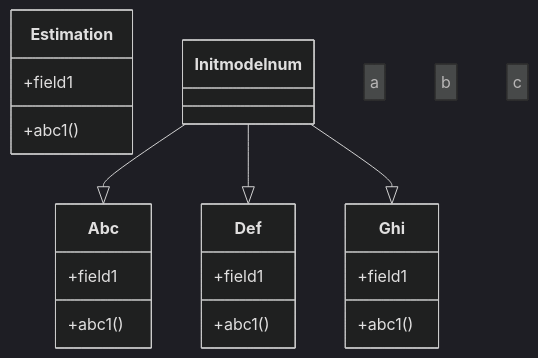
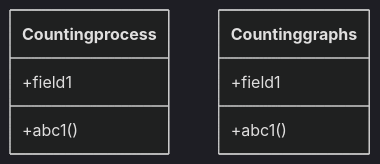
The second of 3 diagrams in index.qmd (lotariohw26/ManifoldDestiny), drawn with Mermaid (dark theme) before and after one commit. The commit also changed other lines of this file and 4 other files, not shown here.

````diff
--- a/index.qmd
+++ b/index.qmd
@@ -82,28 +30,12 @@
 ```{mermaid}
-%% R/wasmconverting.R
-%% Countinggraphs 
 %%| echo: false
 classDiagram
-    note for abc "a"
-    note for cde "b"
-    note for fgh "c"
-    class Estimation{
+    class Countingprocess{
         +field1
         +abc1()
     }
-    class Abc{
+    class Countinggraphs{
         +field1
         +abc1()
     }
-    class Def{
-        +field1
-        +abc1()
-    }
-    class Ghi{
-        +field1
-        +abc1()
-    }
-    Initmodelnum --|> Abc
-    Initmodelnum --|> Def
-    Initmodelnum --|> Ghi
 ```
````
